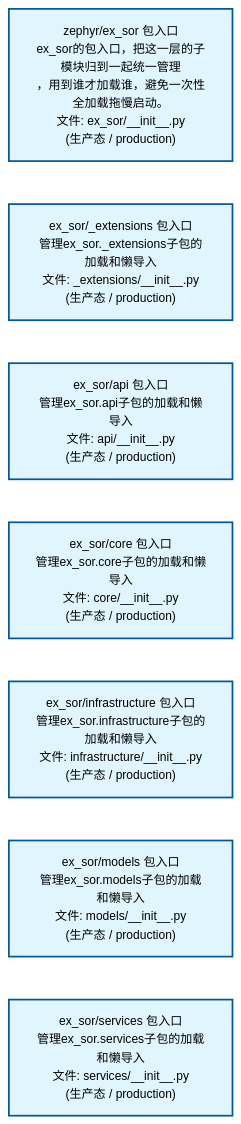
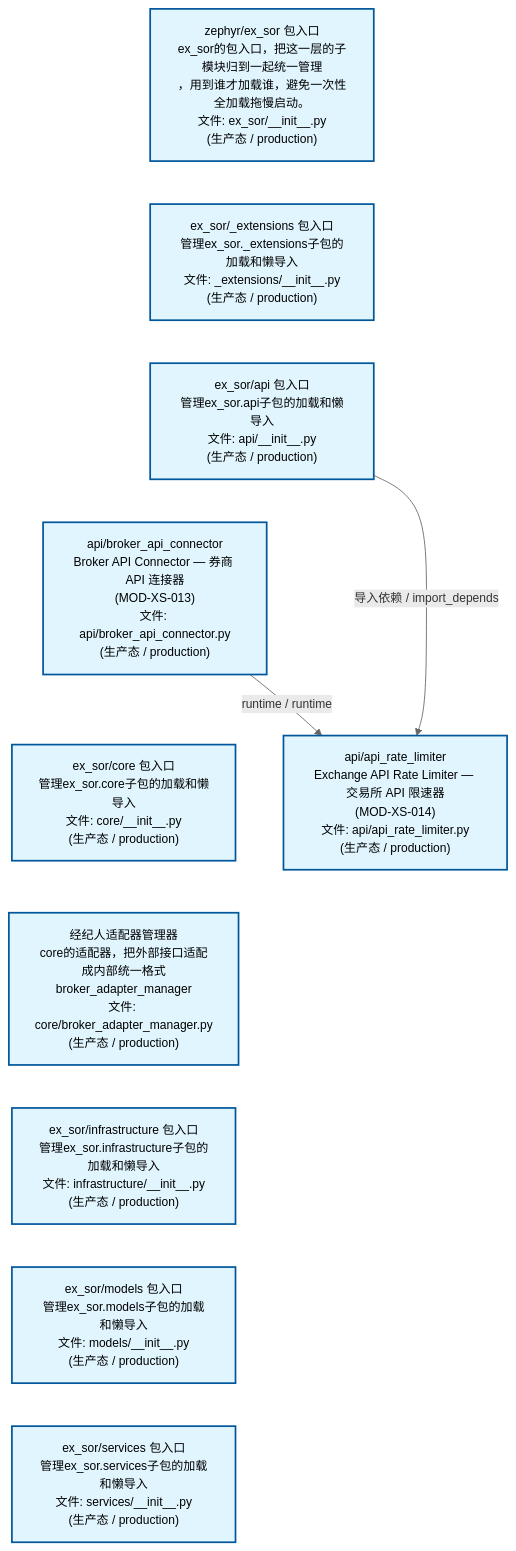
Before and after one commit to xuanFelixVan/ZephyrAlpha: the second of 4 diagrams in docs/02_enterprise_architecture/02_domain_architecture_docs/45_d_ex_sor.md, drawn with Mermaid. The commit also changed other lines of this file and 42 other files, not shown here.

````diff
--- a/docs/02_enterprise_architecture/02_domain_architecture_docs/45_d_ex_sor.md
+++ b/docs/02_enterprise_architecture/02_domain_architecture_docs/45_d_ex_sor.md
@@ -111,22 +114,29 @@
 ```mermaid
 %%{init: {'theme': 'base', 'themeVariables': {'primaryColor': '#eaeaea', 'primaryTextColor': '#333333', 'primaryBorderColor': '#666666', 'lineColor': '#666666', 'secondaryColor': '#eaeaea', 'tertiaryColor': '#eaeaea', 'fontSize': '14px'}}}%%
 flowchart TD
     src_zephyr_ex_sor_init_py["zephyr/ex_sor 包入口<br/>ex_sor的包入口，把这一层的子模块归到一起统一管理<br/>，用到谁才加载谁，避免一次性全加载拖慢启动。<br/>文件: ex_sor/__init__.py<br/>(生产态 / production)"]
     src_zephyr_ex_sor_extensions_init_py["ex_sor/_extensions 包入口<br/>管理ex_sor._extensions子包的加载和懒导入<br/>文件: _extensions/__init__.py<br/>(生产态 / production)"]
     src_zephyr_ex_sor_api_init_py["ex_sor/api 包入口<br/>管理ex_sor.api子包的加载和懒导入<br/>文件: api/__init__.py<br/>(生产态 / production)"]
+    src_zephyr_ex_sor_api_broker_api_connector_py["api/broker_api_connector<br/>Broker API Connector — 券商 API 连接器<br/>(MOD-XS-013)<br/>文件: api/broker_api_connector.py<br/>(生产态 / production)"]
     src_zephyr_ex_sor_core_init_py["ex_sor/core 包入口<br/>管理ex_sor.core子包的加载和懒导入<br/>文件: core/__init__.py<br/>(生产态 / production)"]
+    src_zephyr_ex_sor_core_broker_adapter_manager_py["经纪人适配器管理器<br/>core的适配器，把外部接口适配成内部统一格式<br/>broker_adapter_manager<br/>文件: core/broker_adapter_manager.py<br/>(生产态 / production)"]
     src_zephyr_ex_sor_infrastructure_init_py["ex_sor/infrastructure 包入口<br/>管理ex_sor.infrastructure子包的加载和懒导入<br/>文件: infrastructure/__init__.py<br/>(生产态 / production)"]
     src_zephyr_ex_sor_models_init_py["ex_sor/models 包入口<br/>管理ex_sor.models子包的加载和懒导入<br/>文件: models/__init__.py<br/>(生产态 / production)"]
     src_zephyr_ex_sor_services_init_py["ex_sor/services 包入口<br/>管理ex_sor.services子包的加载和懒导入<br/>文件: services/__init__.py<br/>(生产态 / production)"]
     src_zephyr_ex_sor_init_py ~~~ src_zephyr_ex_sor_extensions_init_py
     src_zephyr_ex_sor_extensions_init_py ~~~ src_zephyr_ex_sor_api_init_py
-    src_zephyr_ex_sor_api_init_py ~~~ src_zephyr_ex_sor_core_init_py
-    src_zephyr_ex_sor_core_init_py ~~~ src_zephyr_ex_sor_infrastructure_init_py
+    src_zephyr_ex_sor_api_init_py ~~~ src_zephyr_ex_sor_api_broker_api_connector_py
+    src_zephyr_ex_sor_api_broker_api_connector_py ~~~ src_zephyr_ex_sor_core_init_py
+    src_zephyr_ex_sor_core_init_py ~~~ src_zephyr_ex_sor_core_broker_adapter_manager_py
+    src_zephyr_ex_sor_core_broker_adapter_manager_py ~~~ src_zephyr_ex_sor_infrastructure_init_py
     src_zephyr_ex_sor_infrastructure_init_py ~~~ src_zephyr_ex_sor_models_init_py
     src_zephyr_ex_sor_models_init_py ~~~ src_zephyr_ex_sor_services_init_py
+    src_zephyr_ex_sor_api_api_rate_limiter_py["api/api_rate_limiter<br/>Exchange API Rate Limiter — 交易所 API 限速器<br/>(MOD-XS-014)<br/>文件: api/api_rate_limiter.py<br/>(生产态 / production)"]
+    src_zephyr_ex_sor_api_broker_api_connector_py -->|runtime / runtime| src_zephyr_ex_sor_api_api_rate_limiter_py
+    src_zephyr_ex_sor_api_init_py -->|导入依赖 / import_depends| src_zephyr_ex_sor_api_api_rate_limiter_py
     classDef production fill:#e1f5fe,stroke:#01579b,stroke-width:2px,color:#000
     classDef design fill:#fff3e0,stroke:#e65100,stroke-width:2px,color:#000,stroke-dasharray: 5 5
     classDef external_prod fill:#e8f4fd,stroke:#0277bd,stroke-width:1px,color:#000
     classDef external_design fill:#fff8e7,stroke:#ef6c00,stroke-width:1px,color:#000,stroke-dasharray: 5 5
-    class src_zephyr_ex_sor_init_py,src_zephyr_ex_sor_extensions_init_py,src_zephyr_ex_sor_api_init_py,src_zephyr_ex_sor_core_init_py,src_zephyr_ex_sor_infrastructure_init_py,src_zephyr_ex_sor_models_init_py,src_zephyr_ex_sor_services_init_py production
+    class src_zephyr_ex_sor_init_py,src_zephyr_ex_sor_extensions_init_py,src_zephyr_ex_sor_api_init_py,src_zephyr_ex_sor_api_api_rate_limiter_py,src_zephyr_ex_sor_api_broker_api_connector_py,src_zephyr_ex_sor_core_init_py,src_zephyr_ex_sor_core_broker_adapter_manager_py,src_zephyr_ex_sor_infrastructure_init_py,src_zephyr_ex_sor_models_init_py,src_zephyr_ex_sor_services_init_py production
 ```
````
